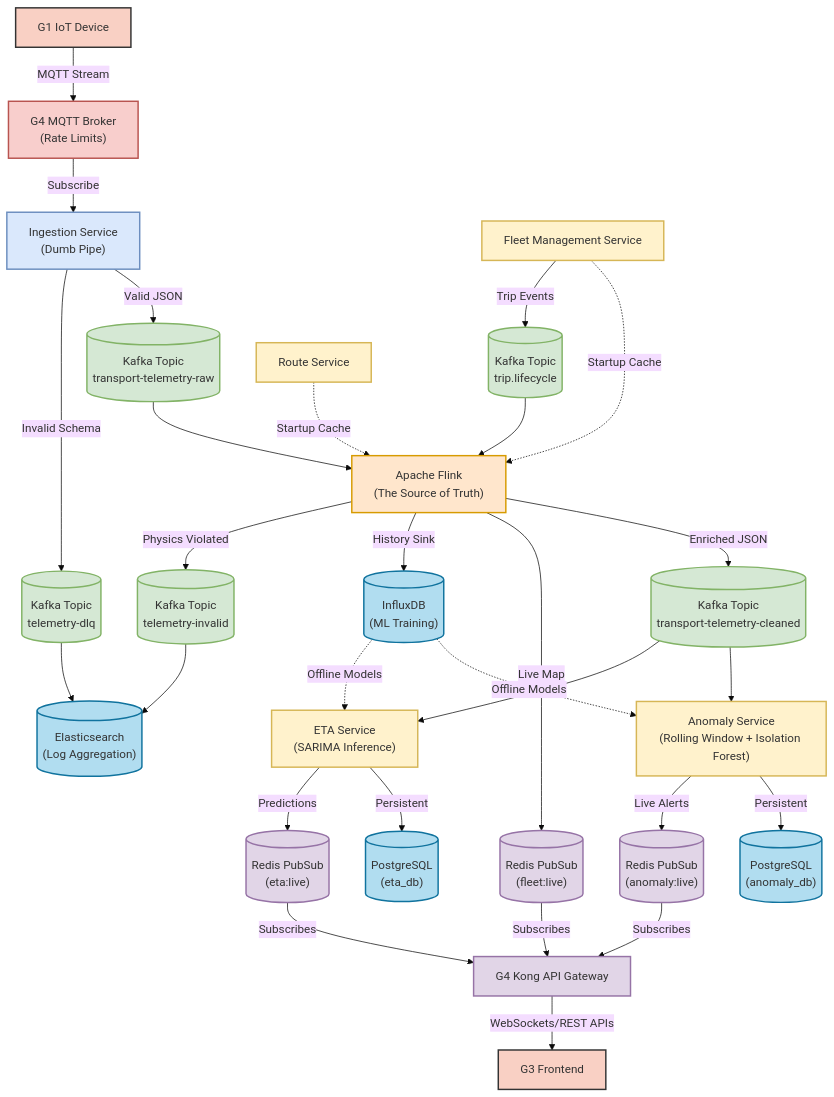
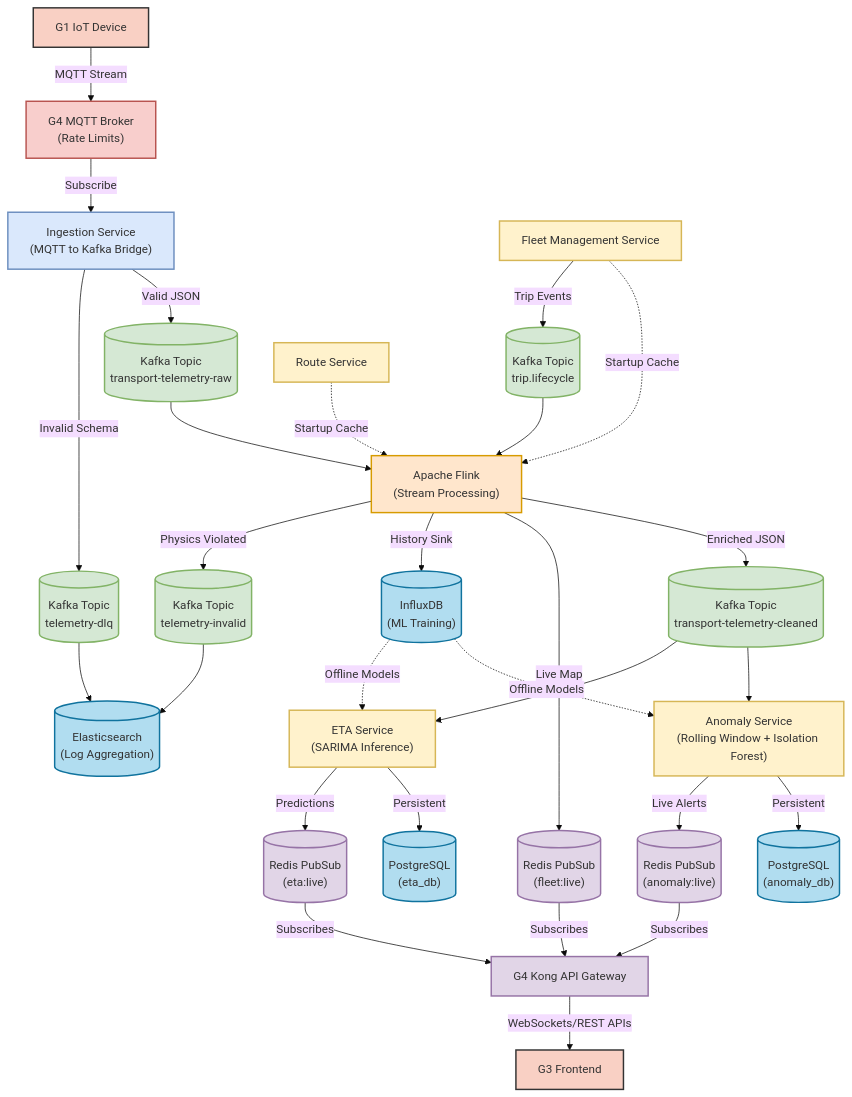
Before and after one commit to OnTime-SE-G/ontime-g2: the diagram in docs/CR_1.md, drawn with Mermaid (base theme).

Commit message:
docs: update CR1 architecture diagram for Kafka topics and readability

````diff
--- a/docs/CR_1.md
+++ b/docs/CR_1.md
@@ -18,52 +18,52 @@
 ```mermaid
 graph TD
     classDef g1 fill:#f9d0c4,stroke:#333,stroke-width:2px;
     classDef mqtt fill:#f8cecc,stroke:#b85450,stroke-width:2px;
     classDef ingest fill:#dae8fc,stroke:#6c8ebf,stroke-width:2px;
     classDef kafka fill:#d5e8d4,stroke:#82b366,stroke-width:2px;
     classDef flink fill:#ffe6cc,stroke:#d79b00,stroke-width:2px;
     classDef redis fill:#e1d5e7,stroke:#9673a6,stroke-width:2px;
     classDef service fill:#fff2cc,stroke:#d6b656,stroke-width:2px;
     classDef ws fill:#e1d5e7,stroke:#9673a6,stroke-width:2px;
     classDef db fill:#b1ddf0,stroke:#10739e,stroke-width:2px;
 
     G1["G1 IoT Device"]:::g1 -->|MQTT Stream| Broker["G4 MQTT Broker<br>(Rate Limits)"]:::mqtt
     
-    Broker -->|Subscribe| Ingest["Ingestion Service<br>(Dumb Pipe)"]:::ingest
+    Broker -->|Subscribe| Ingest["Ingestion Service<br>(MQTT to Kafka Bridge)"]:::ingest
     Ingest -->|Invalid Schema| DLQ[("Kafka Topic<br>telemetry-dlq")]:::kafka
     Ingest -->|Valid JSON| Raw[("Kafka Topic<br>transport-telemetry-raw")]:::kafka
     
     FleetService["Fleet Management Service"]:::service -->|Trip Events| Lifecycle[("Kafka Topic<br>trip.lifecycle")]:::kafka
     RouteService["Route Service"]:::service -.->|Startup Cache| Flink
     FleetService -.->|Startup Cache| Flink
     
-    Raw --> Flink["Apache Flink<br>(The Source of Truth)"]:::flink
+    Raw --> Flink["Apache Flink<br>(Stream Processing)"]:::flink
     Lifecycle --> Flink
     
     Flink -->|Physics Violated| Invalid[("Kafka Topic<br>telemetry-invalid")]:::kafka
     Flink -->|History Sink| InfluxDB[("InfluxDB<br>(ML Training)")]:::db
     Flink -->|Live Map| RedisLive[("Redis PubSub<br>(fleet:live)")]:::redis
     Flink -->|Enriched JSON| Cleaned[("Kafka Topic<br>transport-telemetry-cleaned")]:::kafka
     
     Cleaned --> ETA["ETA Service<br>(SARIMA Inference)"]:::service
     Cleaned --> Anomaly["Anomaly Service<br>(Rolling Window + Isolation Forest)"]:::service
     
     InfluxDB -.->|Offline Models| ETA
     InfluxDB -.->|Offline Models| Anomaly
     
     DLQ --> Elastic[("Elasticsearch<br>(Log Aggregation)")]:::db
     Invalid --> Elastic
     
     ETA -->|Predictions| RedisETA[("Redis PubSub<br>(eta:live)")]:::redis
     ETA -->|Persistent| ETADb[("PostgreSQL<br>(eta_db)")]:::db
     
     Anomaly -->|Live Alerts| RedisAnomaly[("Redis PubSub<br>(anomaly:live)")]:::redis
     Anomaly -->|Persistent| AnomalyDb[("PostgreSQL<br>(anomaly_db)")]:::db
     
     %% Kong API Gateway Bypass
     RedisLive -->|Subscribes| Kong["G4 Kong API Gateway"]:::ws
     RedisETA -->|Subscribes| Kong
     RedisAnomaly -->|Subscribes| Kong
     
     Kong -->|WebSockets/REST APIs| Dashboard["G3 Frontend"]:::g1
 ```
````
